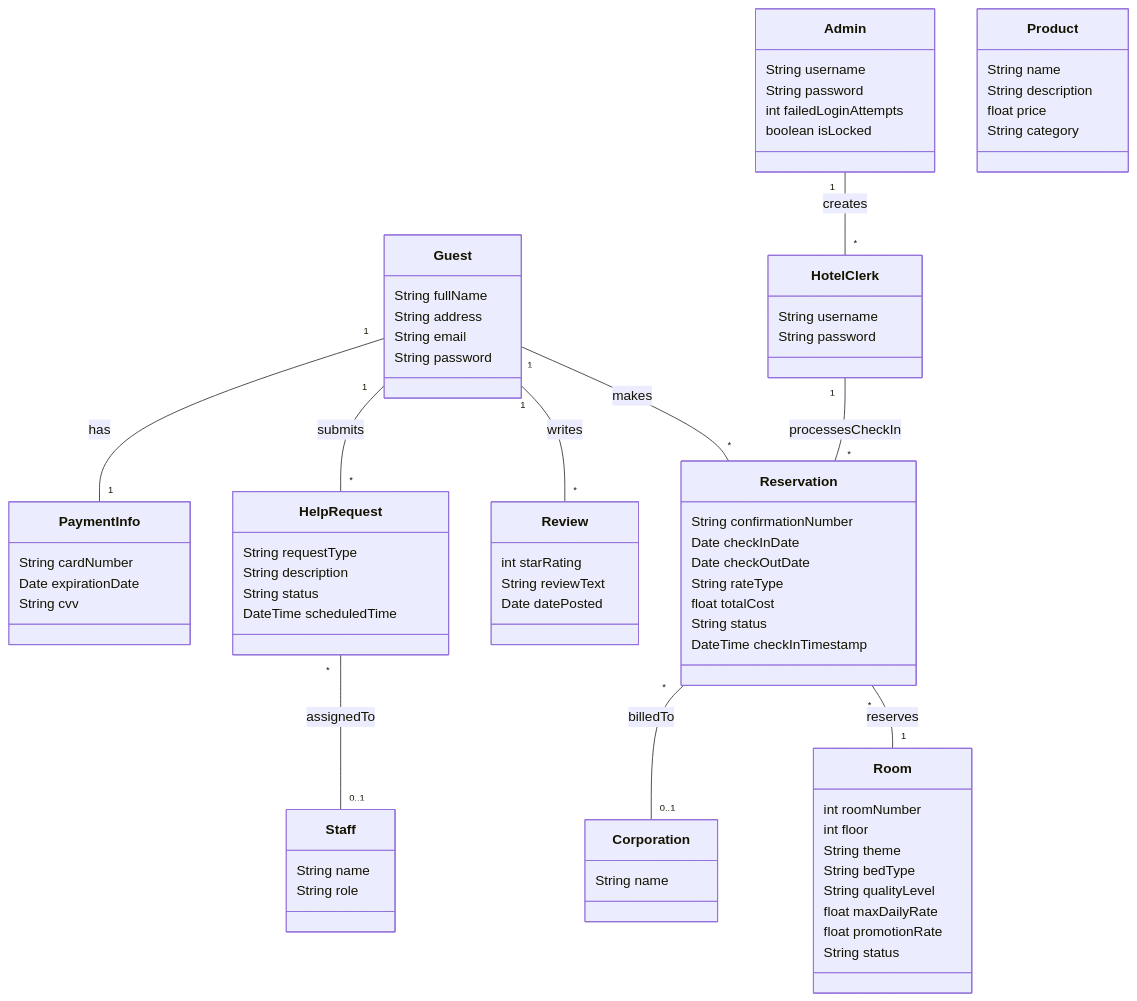
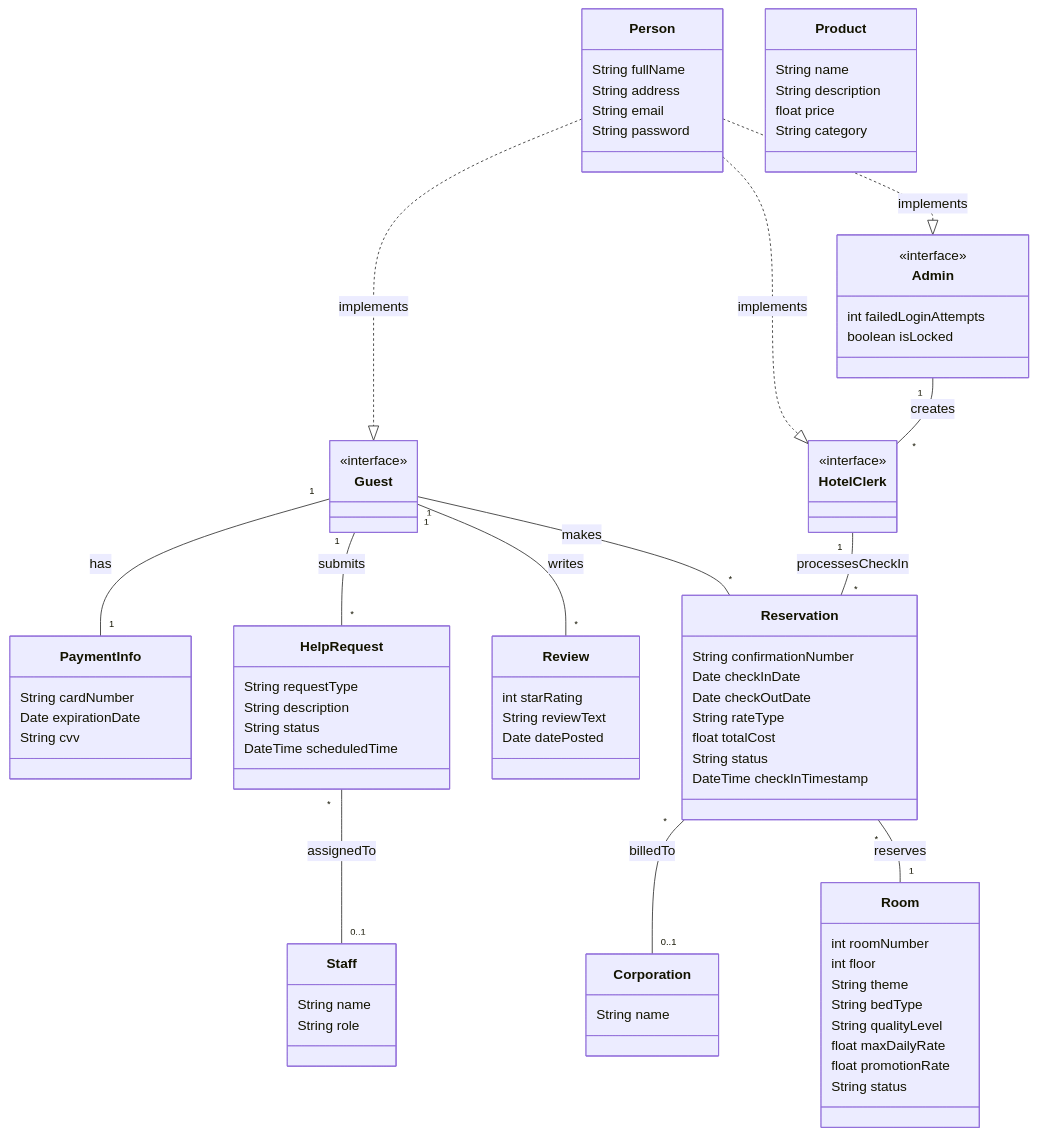
Before and after one commit to JaceYar/Software1-Proj: the diagram in Documentation/domain-model.md, drawn with Mermaid.

Commit message:
add interface stuff

````diff
--- a/Documentation/domain-model.md
+++ b/Documentation/domain-model.md
@@ -3,23 +3,29 @@
 ```mermaid
 classDiagram
-    class Guest {
+    class Person {
         String fullName
         String address
         String email
         String password
     }
 
+    class Guest {
+        <<interface>>
+    }
+
     class Admin {
-        String username
-        String password
+        <<interface>>
         int failedLoginAttempts
         boolean isLocked
     }
 
     class HotelClerk {
-        String username
-        String password
+        <<interface>>
     }
+
+    Person ..|> Guest : implements
+    Person ..|> Admin : implements
+    Person ..|> HotelClerk : implements
 
     class PaymentInfo {
         String cardNumber
````
